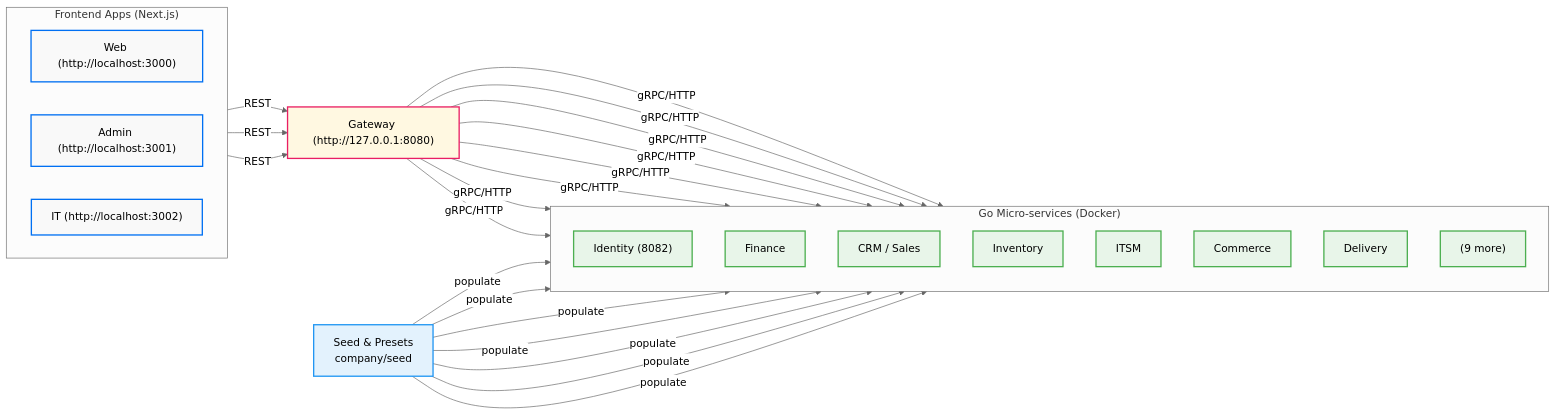
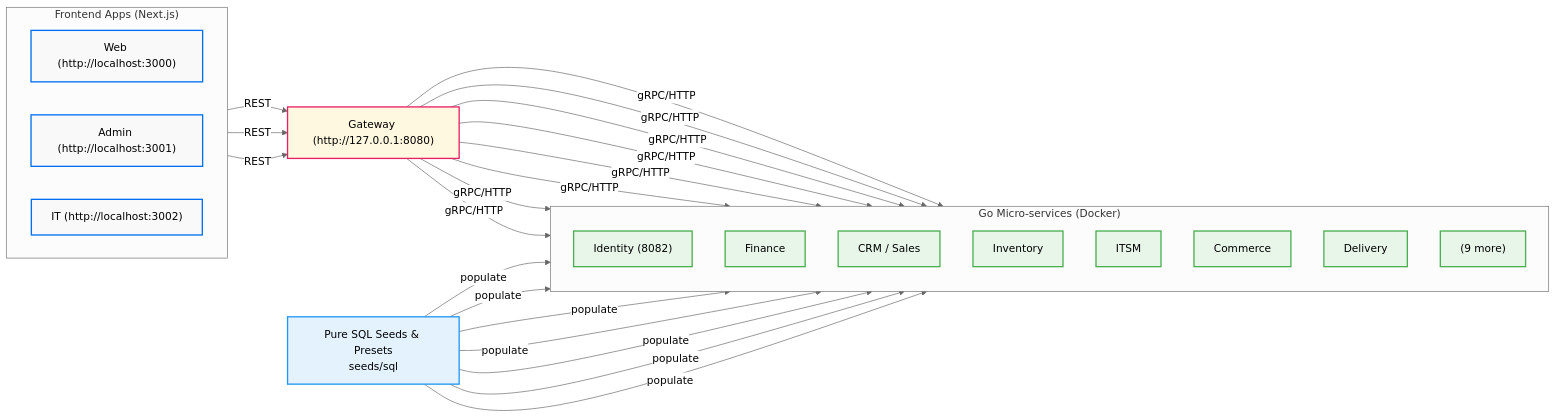
One commit to sahmedhusain/ishoot.bh changed the diagram in docs/ARCHITECTURE.md. Above: the diagram before and after it, drawn with Mermaid (neutral theme). The commit also changed other lines of this file and 194 other files, not shown here.

First line of the commit message:
refactor(locales,seeds): modernize locales with dynamic values, purge unused keys, and migrate to pure SQL seeds

````diff
--- a/docs/ARCHITECTURE.md
+++ b/docs/ARCHITECTURE.md
@@ -5,47 +5,47 @@
 ```mermaid
 flowchart LR
     %% Front‑ends
     subgraph Frontends["Frontend Apps (Next.js)"]
         direction LR
         Web["Web (http://localhost:3000)"]:::app
         Admin["Admin (http://localhost:3001)"]:::app
         IT["IT (http://localhost:3002)"]:::app
     end
 
     %% Gateway
     G["Gateway (http://127.0.0.1:8080)"]:::gateway
 
     %% Go Services
     subgraph Services["Go Micro‑services (Docker)"]
         direction TB
         Identity["Identity (8082)"]:::svc
         Finance["Finance"]:::svc
         CRM["CRM / Sales"]:::svc
         Inventory["Inventory"]:::svc
         ITSM["ITSM"]:::svc
         Payments["Commerce"]:::svc
         Orders["Delivery"]:::svc
         Others["(9 more)"]:::svc
     end
 
     %% Seed data
-    Seed["Seed & Presets<br/>company/seed"]:::seed
+    Seed["Pure SQL Seeds & Presets<br/>seeds/sql"]:::seed
 
     %% Connections
     Web -->|REST| G
     Admin -->|REST| G
     IT -->|REST| G
     G -->|gRPC/HTTP| Identity
     G -->|gRPC/HTTP| Finance
     G -->|gRPC/HTTP| CRM
     G -->|gRPC/HTTP| Inventory
     G -->|gRPC/HTTP| ITSM
     G -->|gRPC/HTTP| Payments
     G -->|gRPC/HTTP| Orders
     G -->|gRPC/HTTP| Others
     Seed -->|populate| Identity & Finance & CRM & Inventory & ITSM & Payments & Orders
     classDef app fill:#F9F9F9,stroke:#0070F3,stroke-width:2px;
     classDef gateway fill:#FFF8E1,stroke:#E91E63,stroke-width:2px;
     classDef svc fill:#E8F5E9,stroke:#4CAF50,stroke-width:2px;
     classDef seed fill:#E3F2FD,stroke:#2196F3,stroke-width:2px;
 ```
````
